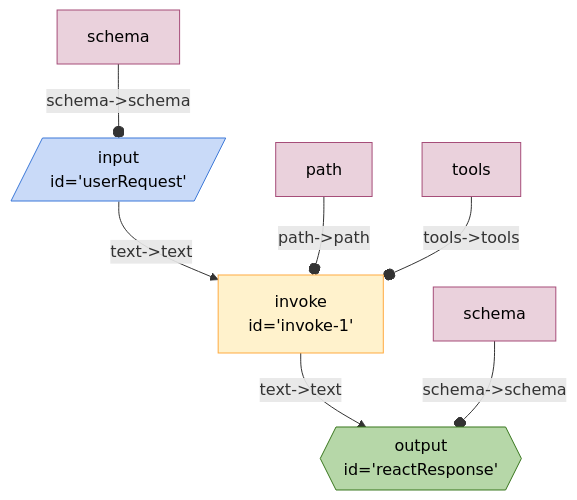
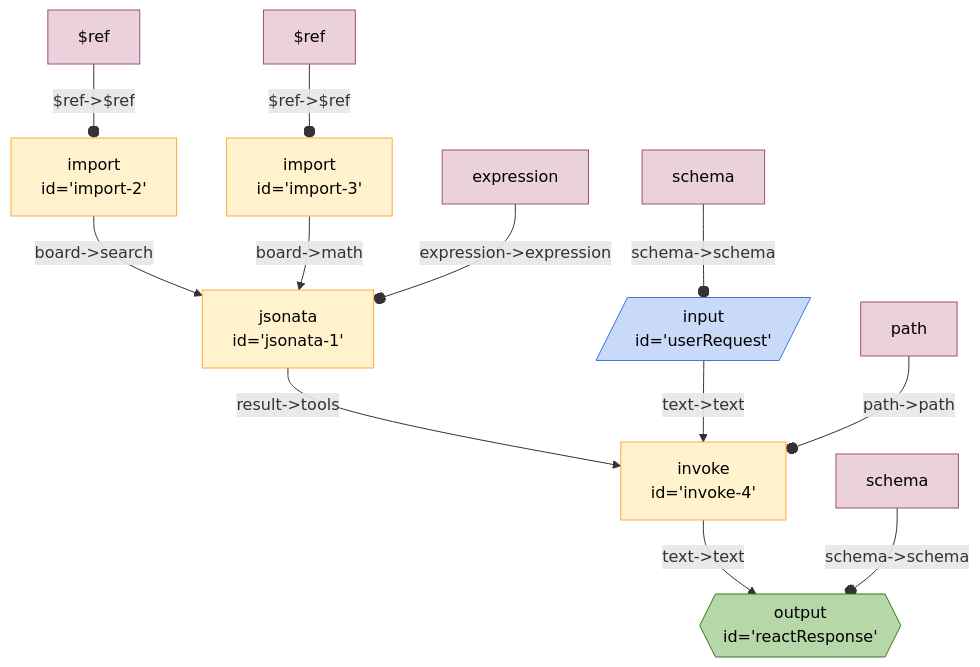
Before and after one commit to breadboard-ai/breadboard: the diagram in seeds/graph-playground/docs/graphs/call-react-with-lambdas.md, drawn with Mermaid. The commit also changed 2 other files, not shown here.

Commit message:
Lambda ReAct example: Now actually passing lambdas

````diff
--- a/seeds/graph-playground/docs/graphs/call-react-with-lambdas.md
+++ b/seeds/graph-playground/docs/graphs/call-react-with-lambdas.md
@@ -5,18 +5,23 @@
   ```mermaid
   %%{init: 'themeVariables': { 'fontFamily': 'Fira Code, monospace' }}%%
 graph TD;
-invoke1["invoke <br> id='invoke-1'"] -- "text->text" --> reactResponse{{"output <br> id='reactResponse'"}}:::output
-userRequest[/"input <br> id='userRequest'"/]:::input -- "text->text" --> invoke1["invoke <br> id='invoke-1'"]
+import2["import <br> id='import-2'"] -- "board->search" --> jsonata1["jsonata <br> id='jsonata-1'"]
+import3["import <br> id='import-3'"] -- "board->math" --> jsonata1["jsonata <br> id='jsonata-1'"]
+jsonata1["jsonata <br> id='jsonata-1'"] -- "result->tools" --> invoke4["invoke <br> id='invoke-4'"]
+invoke4["invoke <br> id='invoke-4'"] -- "text->text" --> reactResponse{{"output <br> id='reactResponse'"}}:::output
+userRequest[/"input <br> id='userRequest'"/]:::input -- "text->text" --> invoke4["invoke <br> id='invoke-4'"]
+expressionjsonata1[expression]:::config -- "expression->expression" --o jsonata1
+$refimport2[$ref]:::config -- "$ref->$ref" --o import2
+$refimport3[$ref]:::config -- "$ref->$ref" --o import3
 schemauserRequest[schema]:::config -- "schema->schema" --o userRequest
-pathinvoke1[path]:::config -- "path->path" --o invoke1
-toolsinvoke1[tools]:::config -- "tools->tools" --o invoke1
+pathinvoke4[path]:::config -- "path->path" --o invoke4
 schemareactResponse[schema]:::config -- "schema->schema" --o reactResponse
 classDef default stroke:#ffab40,fill:#fff2ccff,color:#000
 classDef input stroke:#3c78d8,fill:#c9daf8ff,color:#000
 classDef output stroke:#38761d,fill:#b6d7a8ff,color:#000
 classDef passthrough stroke:#a64d79,fill:#ead1dcff,color:#000
 classDef slot stroke:#a64d79,fill:#ead1dcff,color:#000
 classDef config stroke:#a64d79,fill:#ead1dcff,color:#000
 classDef secrets stroke:#db4437,fill:#f4cccc,color:#000
 classDef slotted stroke:#a64d79
   ```
````
